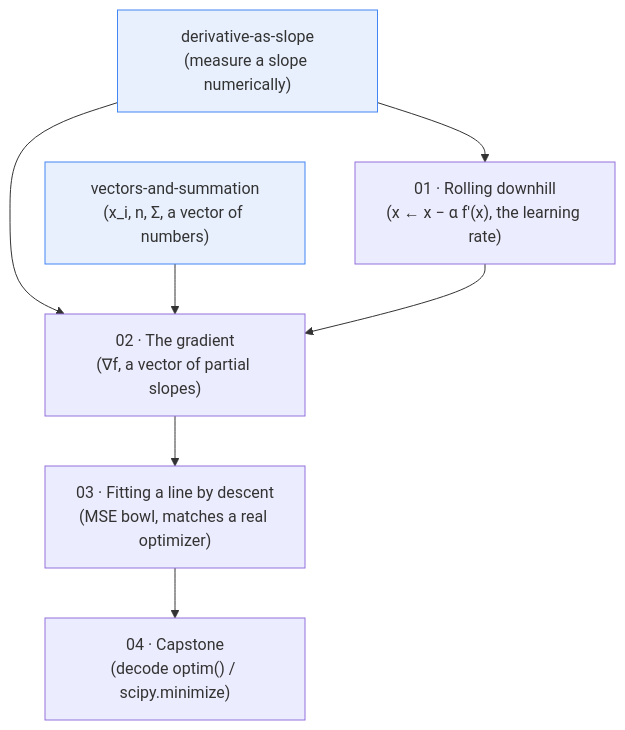
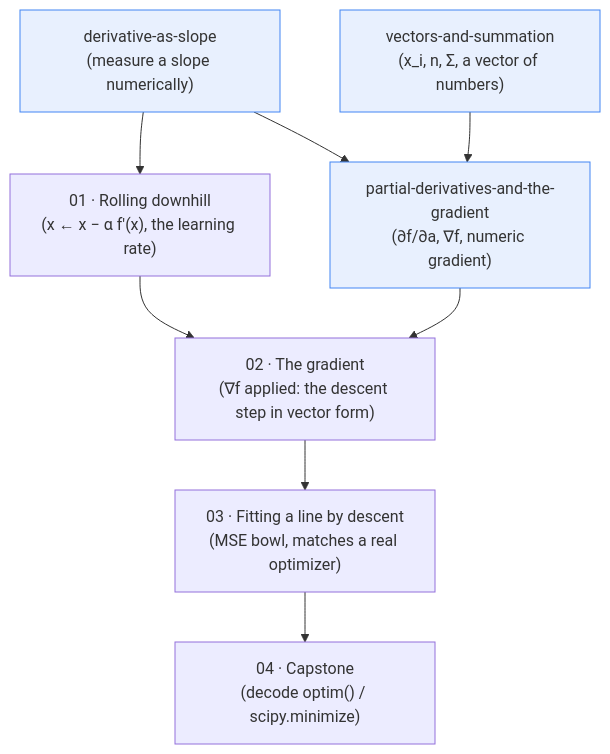
The diagram in courses/gradient-descent/00-roadmap.qmd (radlinsky/professor-claude), drawn with Mermaid before and after one commit. The commit also changed other lines of this file and 153 other files, not shown here.

````diff
--- a/courses/gradient-descent/00-roadmap.qmd
+++ b/courses/gradient-descent/00-roadmap.qmd
@@ -13,18 +13,20 @@
 ```{mermaid}
 flowchart TD
     classDef foundation fill:#e8f0fe,stroke:#4285f4
 
     F1["derivative-as-slope<br/>(measure a slope numerically)"]:::foundation
     F2["vectors-and-summation<br/>(x_i, n, Σ, a vector of numbers)"]:::foundation
+    F3["partial-derivatives-and-the-gradient<br/>(∂f/∂a, ∇f, numeric gradient)"]:::foundation
     M1["01 · Rolling downhill<br/>(x ← x − α f′(x), the learning rate)"]
-    M2["02 · The gradient<br/>(∇f, a vector of partial slopes)"]
+    M2["02 · The gradient<br/>(∇f applied: the descent step in vector form)"]
     M3["03 · Fitting a line by descent<br/>(MSE bowl, matches a real optimizer)"]
     M4["04 · Capstone<br/>(decode optim() / scipy.minimize)"]
 
     F1 --> M1
-    F1 --> M2
-    F2 --> M2
+    F1 --> F3
+    F2 --> F3
+    F3 --> M2
     M1 --> M2
     M2 --> M3
     M3 --> M4
 ```
````
